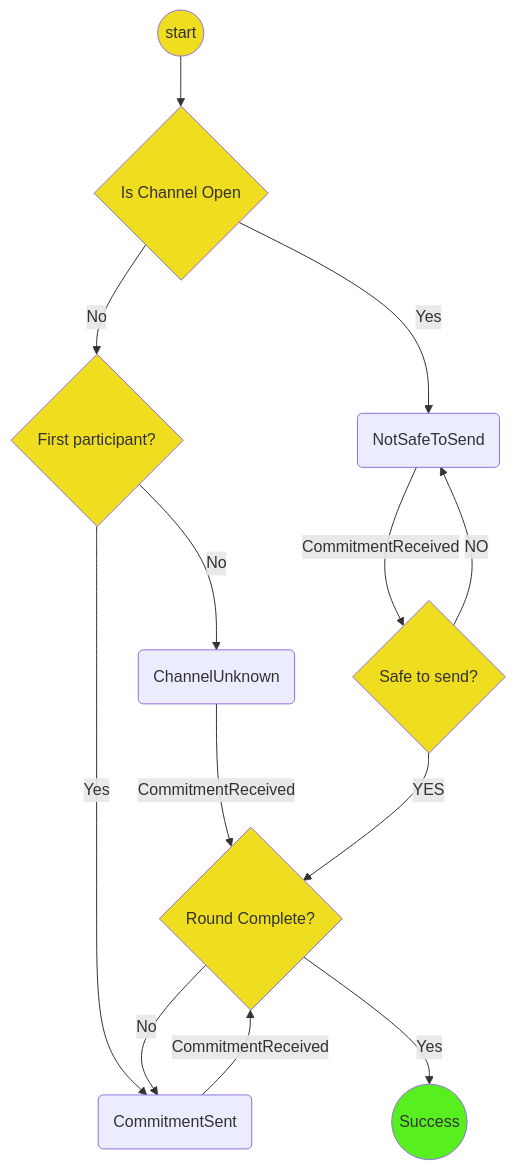
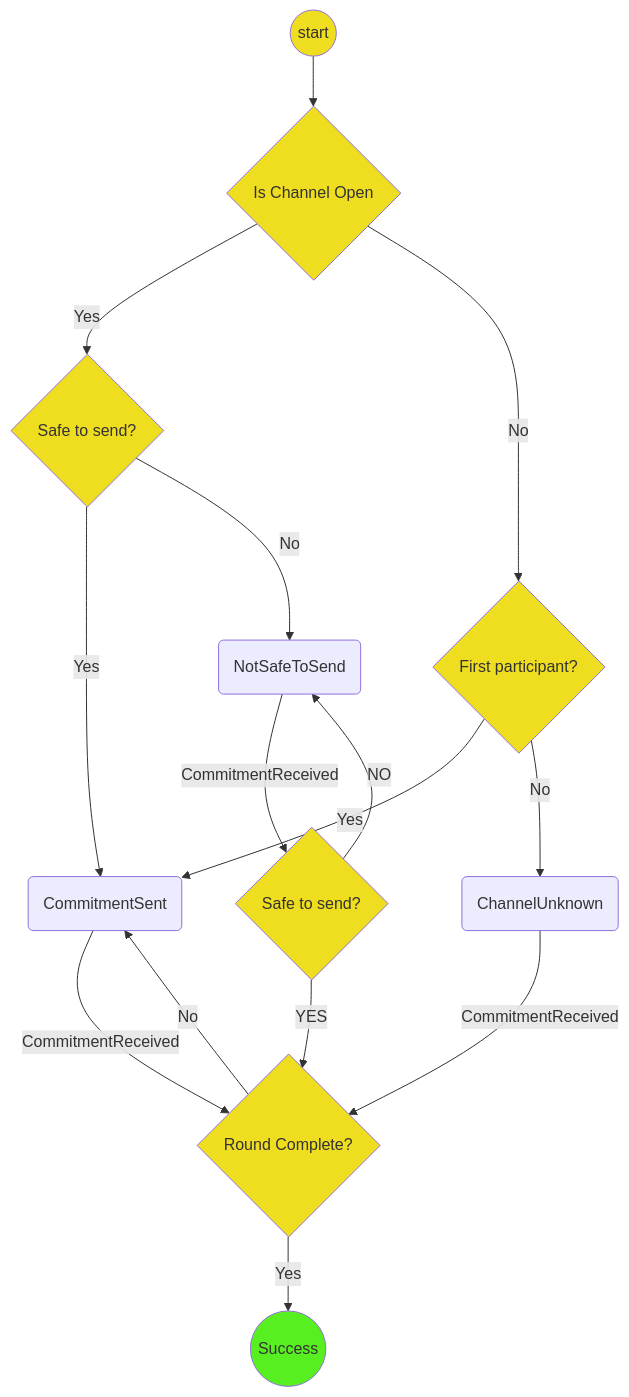
Before and after one commit to magmo/apps: the diagram in packages/wallet/src/redux/protocols/advance-channel/readme.md, drawn with Mermaid.

Commit message:
Clarify readme state machine

````diff
--- a/packages/wallet/src/redux/protocols/advance-channel/readme.md
+++ b/packages/wallet/src/redux/protocols/advance-channel/readme.md
@@ -48,24 +48,26 @@
 ```mermaid
 graph TD
 linkStyle default interpolate basis
   St((start)) --> ICO{Is Channel Open}
-  ICO --> |Yes| NSTS(NotSafeToSend)
+  ICO --> |Yes| STSCO{Safe to send?}
+  STSCO --> |Yes| CS
+  STSCO --> |No| NSTS(NotSafeToSend)
   ICO --> |No| FP{First participant?}
   FP --> |Yes|CS(CommitmentSent)
   FP --> |No| CU(ChannelUnknown)
   RC   -->|No| CS
   CS   -->|CommitmentReceived| RC
   CU   -->|CommitmentReceived| RC{Round Complete?}
   NSTS -->|CommitmentReceived| STS{Safe to send?}
   STS -->|YES| RC
   STS -->|NO| NSTS
   RC   -->|Yes| S((Success))
 
   classDef logic fill:#efdd20;
   classDef Success fill:#58ef21;
   classDef Failure fill:#f45941;
 
-  class St,STS,FP,ICO,RC logic;
+  class St,STS,STSCO,FP,ICO,RC logic;
   class S Success;
   class F Failure;
 ```
````
